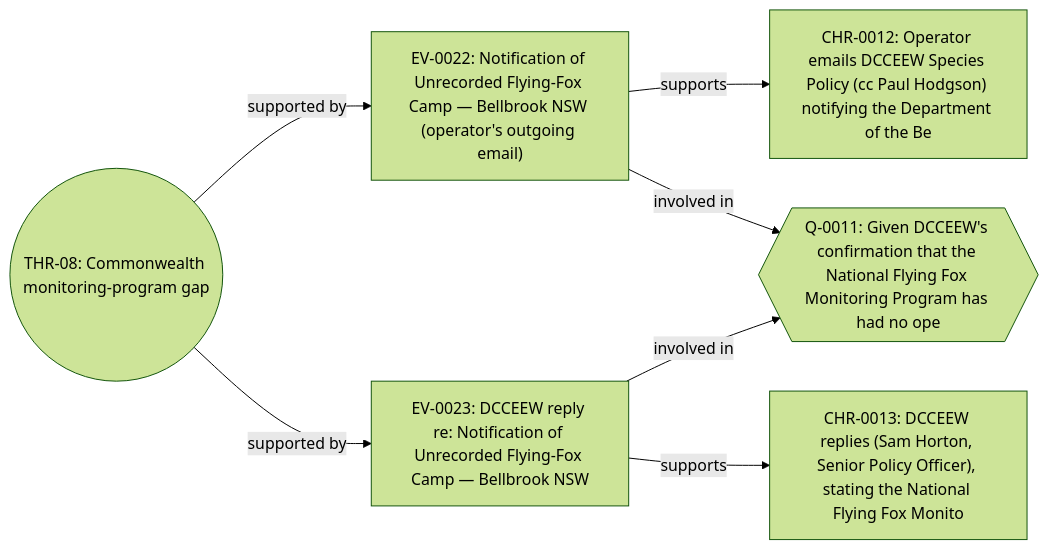
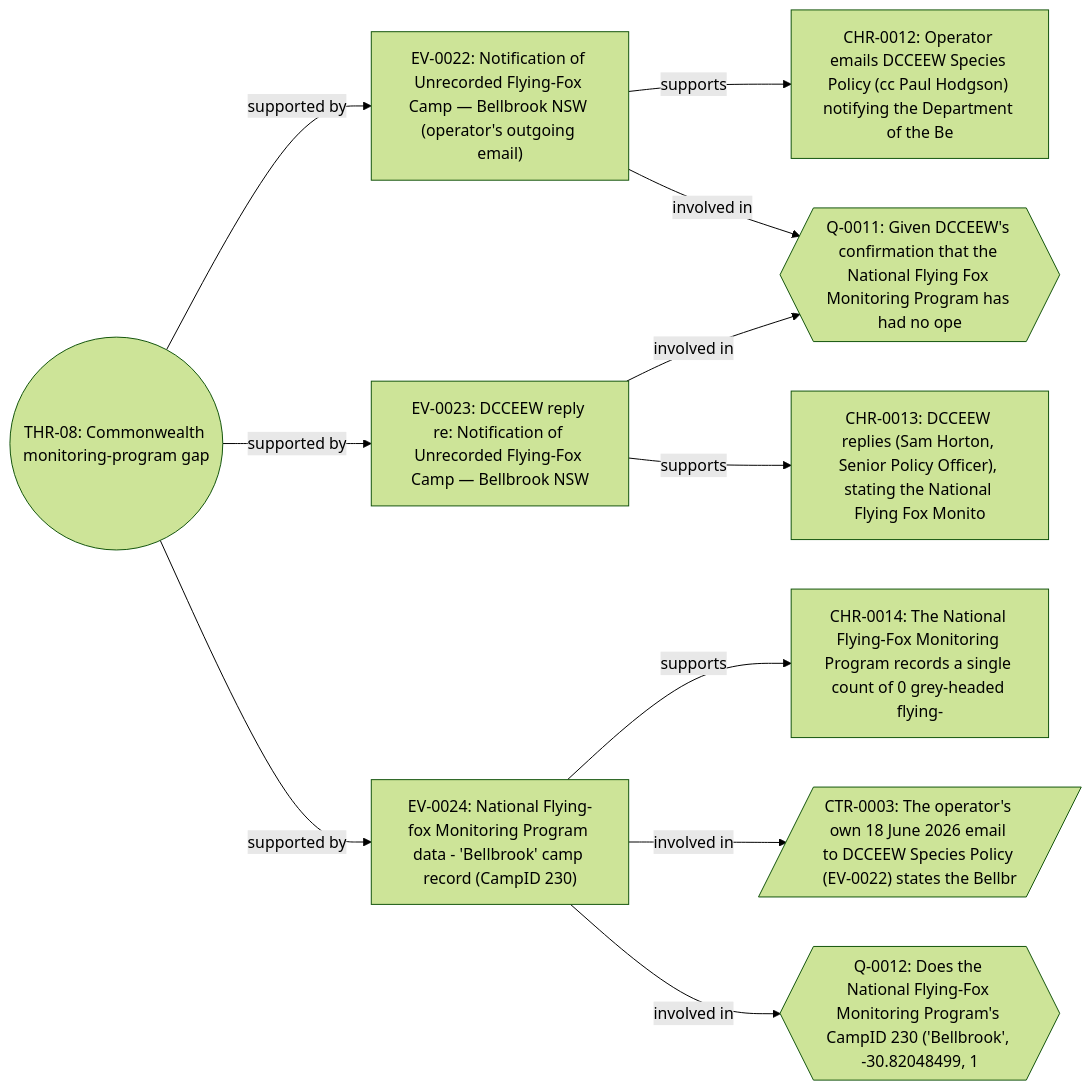
Diagram 36 of 49 in docs/RELATIONSHIP_MAP.md (mayhem82/mayhem-investigations), drawn with Mermaid (forest theme) before and after one commit. The commit also changed other lines of this file, not shown here.

````diff
--- a/docs/RELATIONSHIP_MAP.md
+++ b/docs/RELATIONSHIP_MAP.md
@@ -1043,15 +1045,23 @@
 ```mermaid
 flowchart LR
   DFAPTI_BB_FF_2026_00001_THRD_THR_08(("THR-08: Commonwealth monitoring-program gap"))
   DFAPTI_BB_FF_2026_00001_EVID_EV_0022["EV-0022: Notification of Unrecorded Flying-Fox Camp — Bellbrook NSW (operator's outgoing email)"]
   DFAPTI_BB_FF_2026_00001_EVID_EV_0023["EV-0023: DCCEEW reply re: Notification of Unrecorded Flying-Fox Camp — Bellbrook NSW"]
+  DFAPTI_BB_FF_2026_00001_EVID_EV_0024["EV-0024: National Flying-fox Monitoring Program data - 'Bellbrook' camp record (CampID 230)"]
   DFAPTI_BB_FF_2026_00001_CHRO_CHR_0012["CHR-0012: Operator emails DCCEEW Species Policy (cc Paul Hodgson) notifying the Department of the Be"]
   DFAPTI_BB_FF_2026_00001_QUES_Q_0011{{"Q-0011: Given DCCEEW's confirmation that the National Flying Fox Monitoring Program has had no ope"}}
   DFAPTI_BB_FF_2026_00001_CHRO_CHR_0013["CHR-0013: DCCEEW replies (Sam Horton, Senior Policy Officer), stating the National Flying Fox Monito"]
+  DFAPTI_BB_FF_2026_00001_CHRO_CHR_0014["CHR-0014: The National Flying-Fox Monitoring Program records a single count of 0 grey-headed flying-"]
+  DFAPTI_BB_FF_2026_00001_CTRD_CTR_0003[/"CTR-0003: The operator's own 18 June 2026 email to DCCEEW Species Policy (EV-0022) states the Bellbr"/]
+  DFAPTI_BB_FF_2026_00001_QUES_Q_0012{{"Q-0012: Does the National Flying-Fox Monitoring Program's CampID 230 ('Bellbrook', -30.82048499, 1"}}
   DFAPTI_BB_FF_2026_00001_THRD_THR_08 -- "supported by" --> DFAPTI_BB_FF_2026_00001_EVID_EV_0022
   DFAPTI_BB_FF_2026_00001_THRD_THR_08 -- "supported by" --> DFAPTI_BB_FF_2026_00001_EVID_EV_0023
+  DFAPTI_BB_FF_2026_00001_THRD_THR_08 -- "supported by" --> DFAPTI_BB_FF_2026_00001_EVID_EV_0024
   DFAPTI_BB_FF_2026_00001_EVID_EV_0022 -- "supports" --> DFAPTI_BB_FF_2026_00001_CHRO_CHR_0012
   DFAPTI_BB_FF_2026_00001_EVID_EV_0022 -- "involved in" --> DFAPTI_BB_FF_2026_00001_QUES_Q_0011
   DFAPTI_BB_FF_2026_00001_EVID_EV_0023 -- "supports" --> DFAPTI_BB_FF_2026_00001_CHRO_CHR_0013
   DFAPTI_BB_FF_2026_00001_EVID_EV_0023 -- "involved in" --> DFAPTI_BB_FF_2026_00001_QUES_Q_0011
+  DFAPTI_BB_FF_2026_00001_EVID_EV_0024 -- "supports" --> DFAPTI_BB_FF_2026_00001_CHRO_CHR_0014
+  DFAPTI_BB_FF_2026_00001_EVID_EV_0024 -- "involved in" --> DFAPTI_BB_FF_2026_00001_CTRD_CTR_0003
+  DFAPTI_BB_FF_2026_00001_EVID_EV_0024 -- "involved in" --> DFAPTI_BB_FF_2026_00001_QUES_Q_0012
 ```
````
